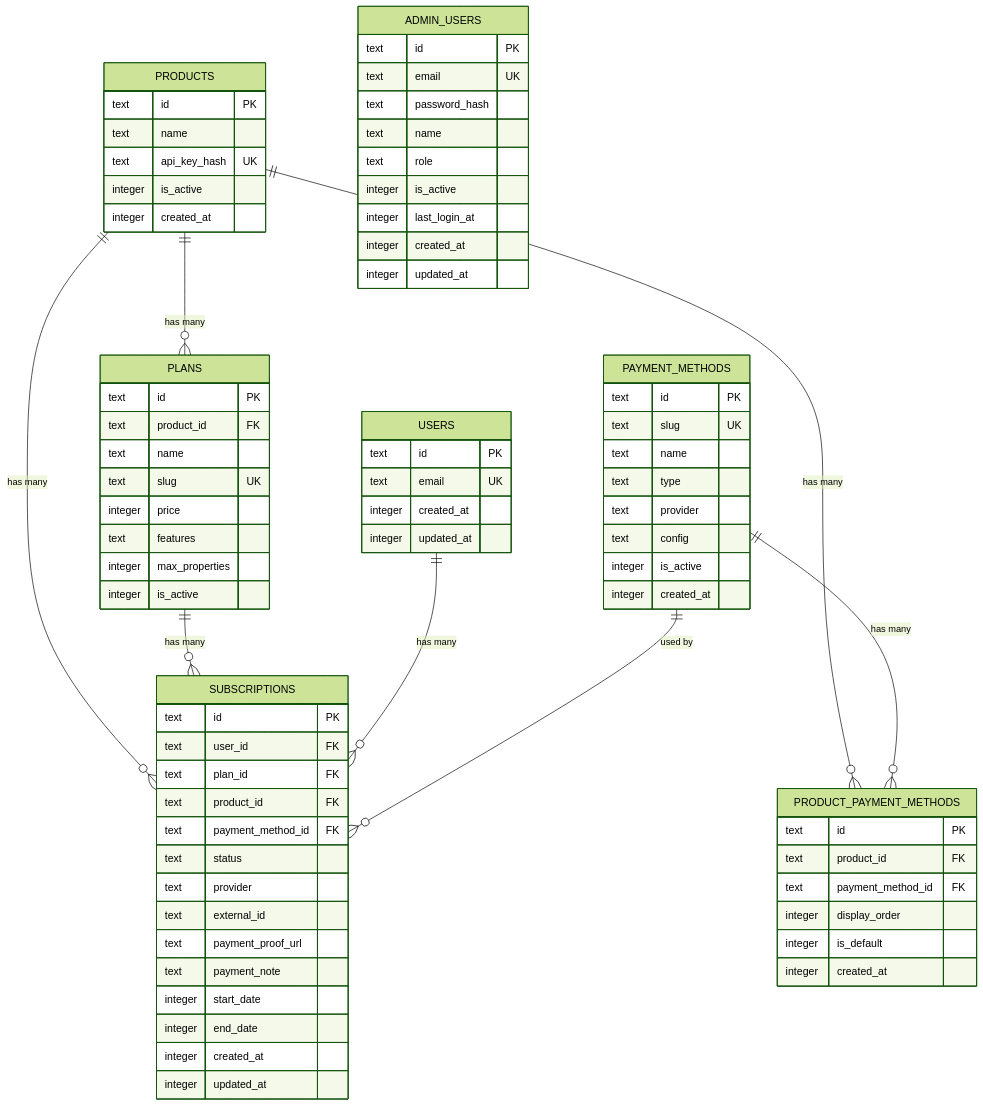
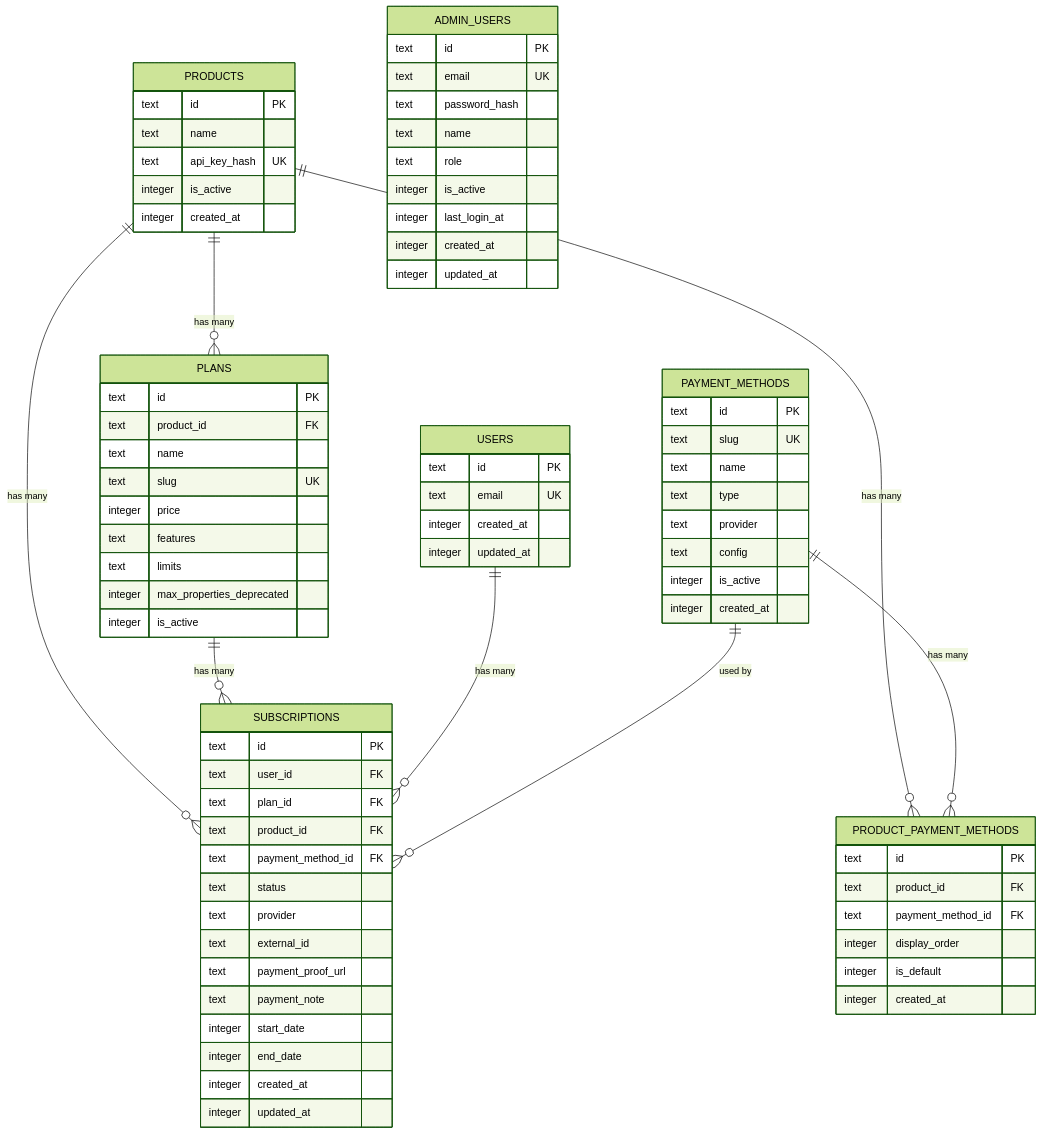
Before and after one commit to fitzfitz/subscription-platform: the diagram in docs/01_database_schema.md, drawn with Mermaid (forest theme). The commit also changed other lines of this file and 18 other files, not shown here.

```diff
--- a/docs/01_database_schema.md
+++ b/docs/01_database_schema.md
@@ -31,7 +31,8 @@
         text slug UK
         integer price
         text features
-        integer max_properties
+        text limits
+        integer max_properties_deprecated
         integer is_active
     }
 
```
